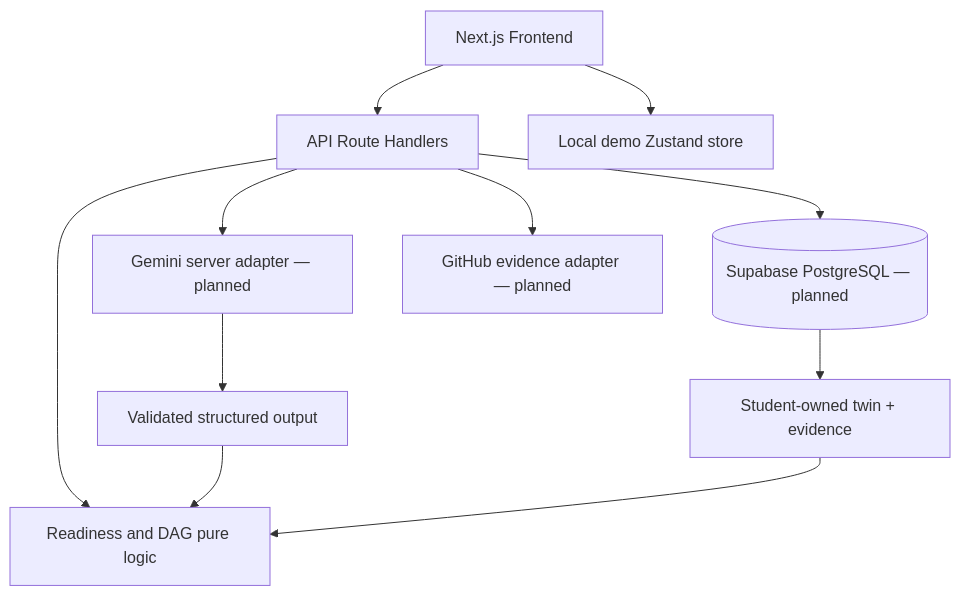
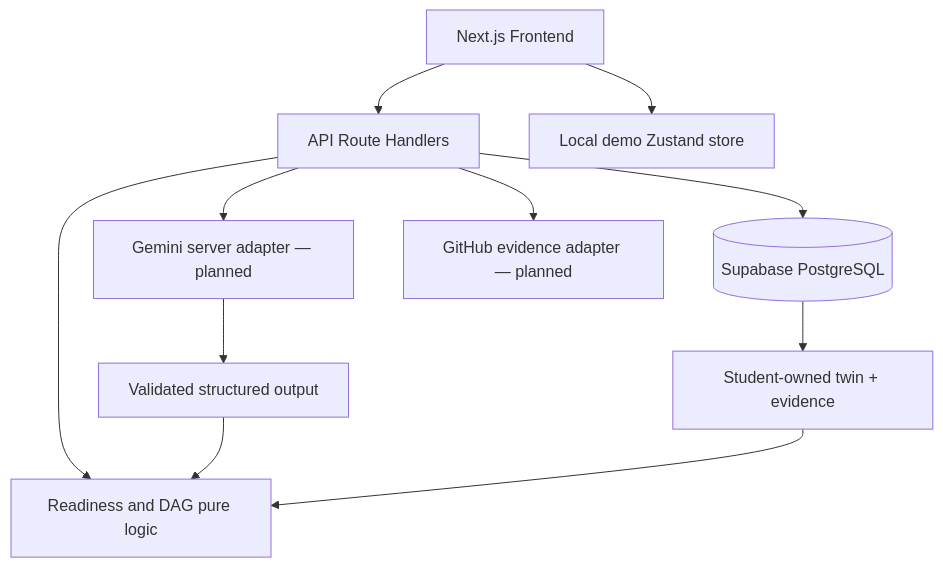
Before and after one commit to jatin45ppandey-design/Skillmetry: the diagram in docs/ARCHITECTURE.md, drawn with Mermaid. The commit also changed other lines of this file and 41 other files, not shown here.

````diff
--- a/docs/ARCHITECTURE.md
+++ b/docs/ARCHITECTURE.md
@@ -3,13 +3,13 @@
 ```mermaid
 flowchart TD
   A[Next.js Frontend] --> B[API Route Handlers]
   A --> C[Local demo Zustand store]
   B --> D[Readiness and DAG pure logic]
-  B --> E[(Supabase PostgreSQL — planned)]
+  B --> E[(Supabase PostgreSQL)]
   B --> F[Gemini server adapter — planned]
   B --> G[GitHub evidence adapter — planned]
   E --> H[Student-owned twin + evidence]
   F --> I[Validated structured output]
   I --> D
   H --> D
 ```
````
